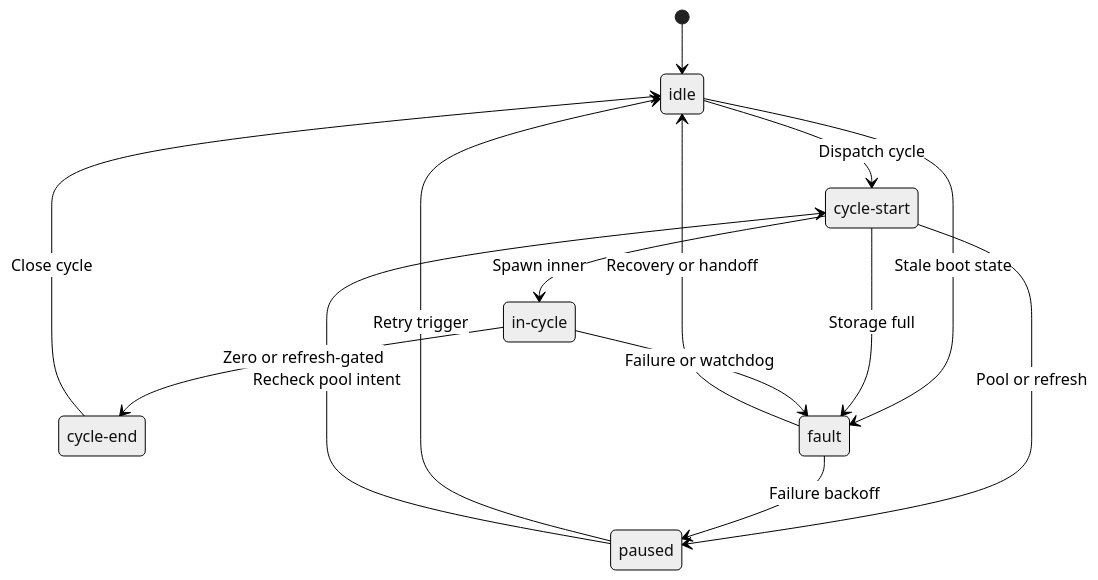
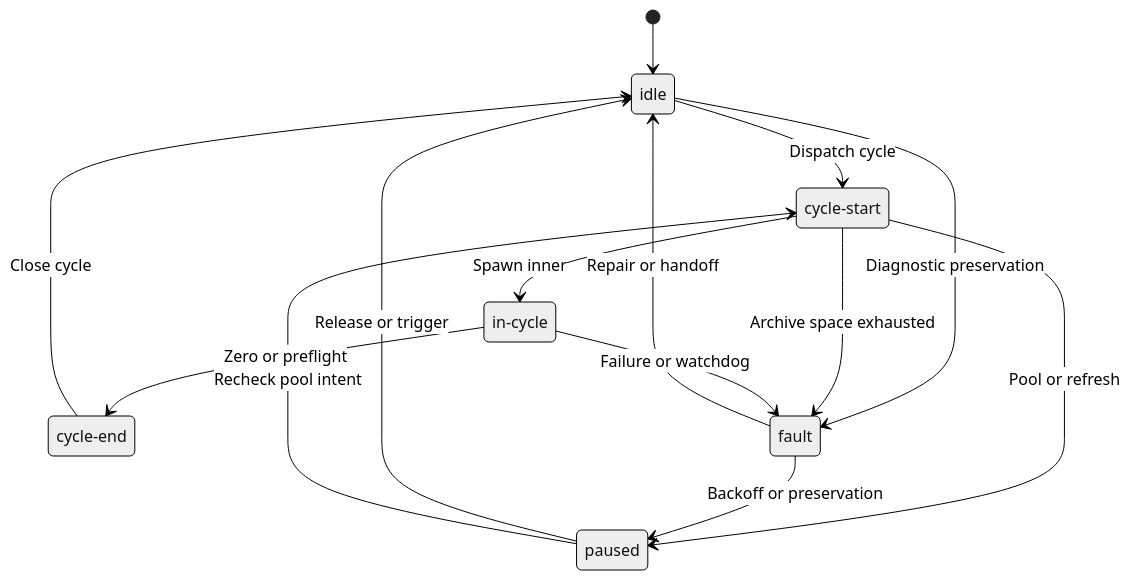
Before and after one commit to alissonsol/yuruna: the first of 7 diagrams in docs/design/04-lifecycle-state.md, drawn with Mermaid (neutral theme). The commit also changed other lines of this file and 1371 other files, not shown here.

````diff
--- a/docs/design/04-lifecycle-state.md
+++ b/docs/design/04-lifecycle-state.md
@@ -11,22 +11,22 @@
 ```mermaid
 stateDiagram-v2
     state "idle" as idle
     state "cycle-start" as cycle_start
     state "in-cycle" as in_cycle
     state "cycle-end" as cycle_end
     state "fault" as fault
     state "paused" as paused
     [*] --> idle
     idle --> cycle_start: Dispatch cycle
-    idle --> fault: Stale boot state
+    idle --> fault: Diagnostic preservation
     cycle_start --> in_cycle: Spawn inner
-    cycle_start --> fault: Storage full
+    cycle_start --> fault: Archive space exhausted
     cycle_start --> paused: Pool or refresh
-    in_cycle --> cycle_end: Zero or refresh-gated
+    in_cycle --> cycle_end: Zero or preflight
     in_cycle --> fault: Failure or watchdog
     cycle_end --> idle: Close cycle
-    fault --> paused: Failure backoff
-    fault --> idle: Recovery or handoff
-    paused --> idle: Retry trigger
+    fault --> paused: Backoff or preservation
+    fault --> idle: Repair or handoff
+    paused --> idle: Release or trigger
     paused --> cycle_start: Recheck pool intent
 ```
````
